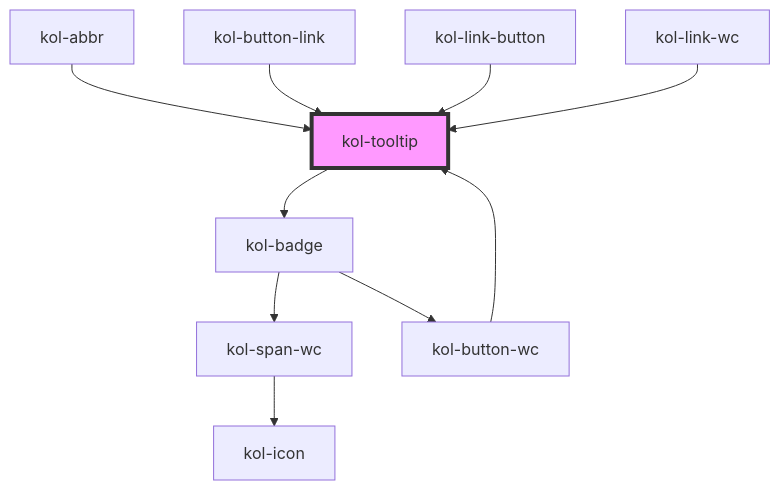
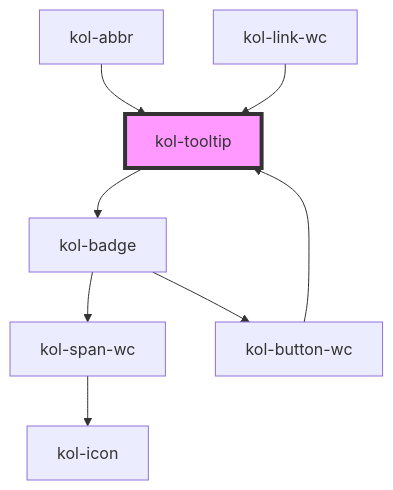
One commit to public-ui/kolibri changed the diagram in packages/library/src/components/tooltip/readme.md. Above: the diagram before and after it, drawn with Mermaid. The commit also changed other lines of this file and 22 other files, not shown here.

Commit message:
fix: external links, refact link-button and button-link

````diff
--- a/packages/library/src/components/tooltip/readme.md
+++ b/packages/library/src/components/tooltip/readme.md
@@ -49,13 +47,11 @@
 ```mermaid
 graph TD;
   kol-tooltip --> kol-badge
   kol-badge --> kol-span-wc
   kol-badge --> kol-button-wc
   kol-span-wc --> kol-icon
   kol-button-wc --> kol-tooltip
   kol-abbr --> kol-tooltip
-  kol-button-link --> kol-tooltip
-  kol-link-button --> kol-tooltip
   kol-link-wc --> kol-tooltip
   style kol-tooltip fill:#f9f,stroke:#333,stroke-width:4px
 ```
````
